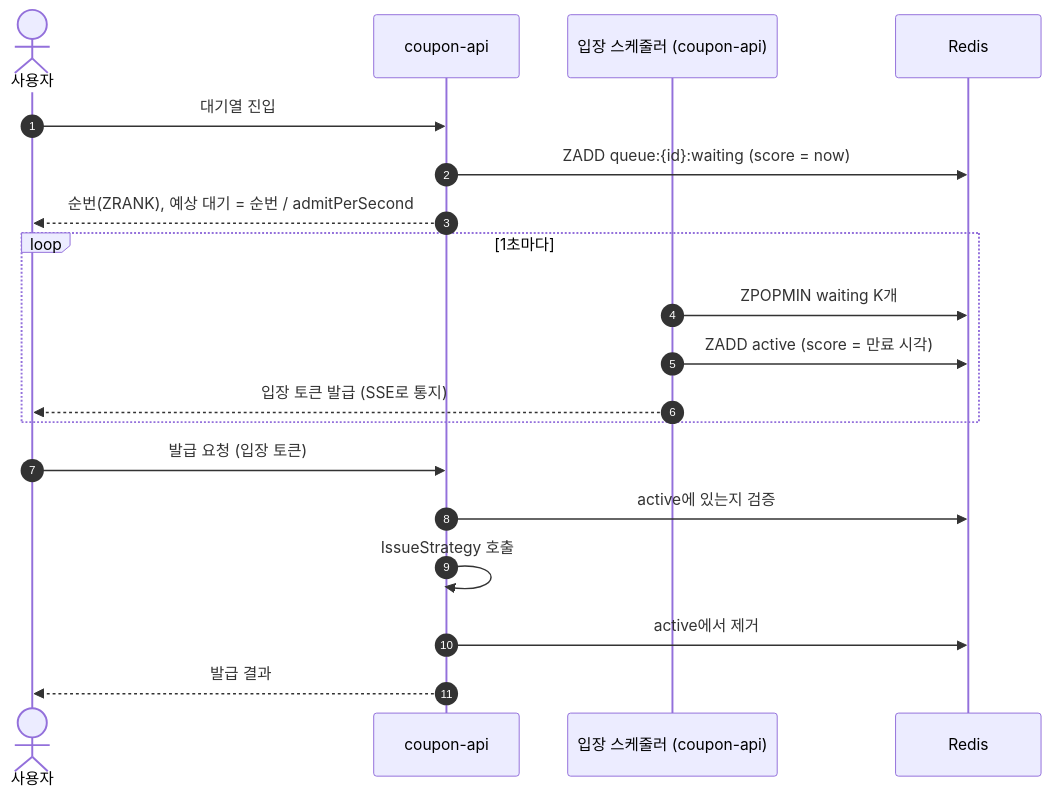
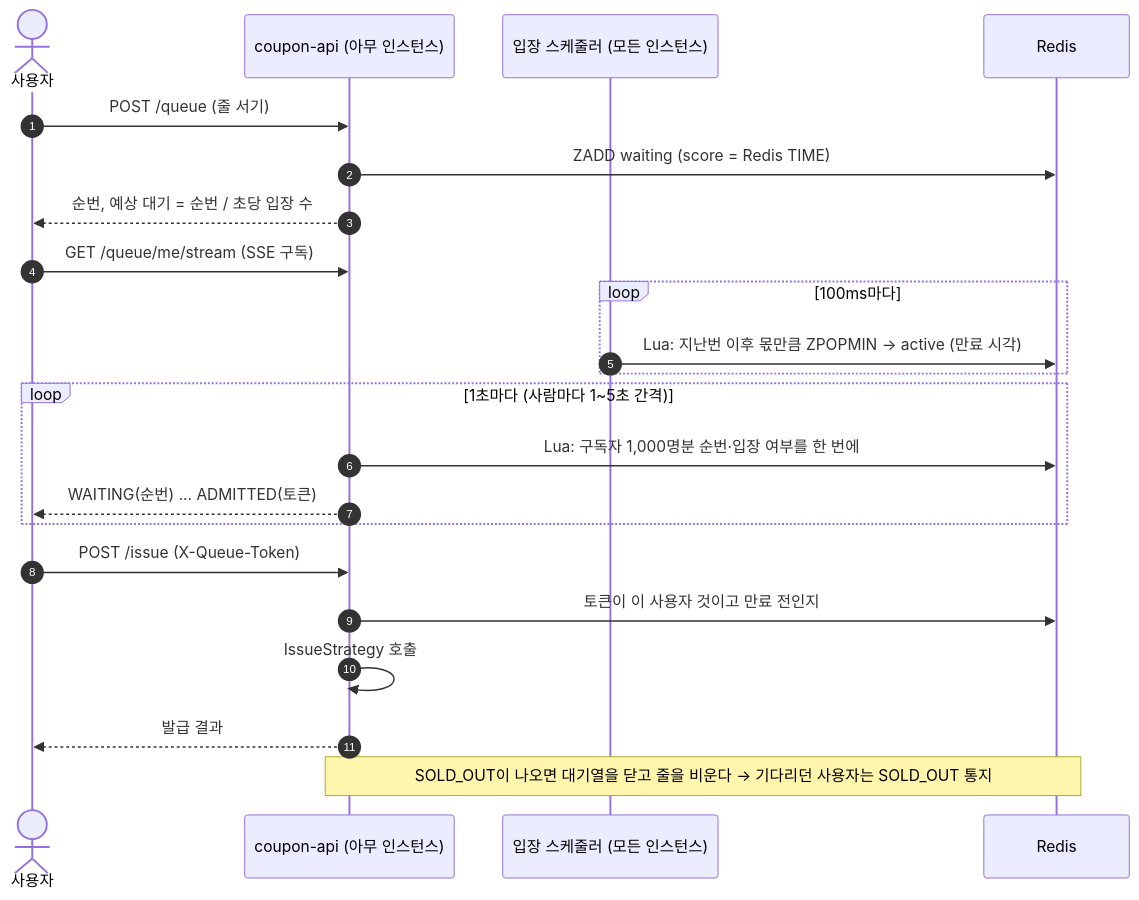
One commit to skwzz/fcfs-coupon-simulator changed the diagram in docs/03-issuance-strategies.md. Above: the diagram before and after it, drawn with Mermaid. The commit also changed other lines of this file and 43 other files, not shown here.

First line of the commit message:
feat(coupon-api): Phase 5 대기열과 순번 알림

````diff
--- a/docs/03-issuance-strategies.md
+++ b/docs/03-issuance-strategies.md
@@ -156,24 +156,28 @@
 ```mermaid
 sequenceDiagram
     autonumber
     actor U as 사용자
-    participant API as coupon-api
-    participant S as 입장 스케줄러 (coupon-api)
+    participant API as coupon-api (아무 인스턴스)
+    participant S as 입장 스케줄러 (모든 인스턴스)
     participant R as Redis
 
-    U->>API: 대기열 진입
-    API->>R: ZADD queue:{id}:waiting (score = now)
-    API-->>U: 순번(ZRANK), 예상 대기 = 순번 / admitPerSecond
+    U->>API: POST /queue (줄 서기)
+    API->>R: ZADD waiting (score = Redis TIME)
+    API-->>U: 순번, 예상 대기 = 순번 / 초당 입장 수
+    U->>API: GET /queue/me/stream (SSE 구독)
 
-    loop 1초마다
-        S->>R: ZPOPMIN waiting K개
-        S->>R: ZADD active (score = 만료 시각)
-        S-->>U: 입장 토큰 발급 (SSE로 통지)
+    loop 100ms마다
+        S->>R: Lua: 지난번 이후 몫만큼 ZPOPMIN → active (만료 시각)
     end
 
-    U->>API: 발급 요청 (입장 토큰)
-    API->>R: active에 있는지 검증
+    loop 1초마다 (사람마다 1~5초 간격)
+        API->>R: Lua: 구독자 1,000명분 순번·입장 여부를 한 번에
+        API-->>U: WAITING(순번) ... ADMITTED(토큰)
+    end
+
+    U->>API: POST /issue (X-Queue-Token)
+    API->>R: 토큰이 이 사용자 것이고 만료 전인지
     API->>API: IssueStrategy 호출
-    API->>R: active에서 제거
     API-->>U: 발급 결과
+    Note over API,R: SOLD_OUT이 나오면 대기열을 닫고 줄을 비운다 → 기다리던 사용자는 SOLD_OUT 통지
 ```
````
